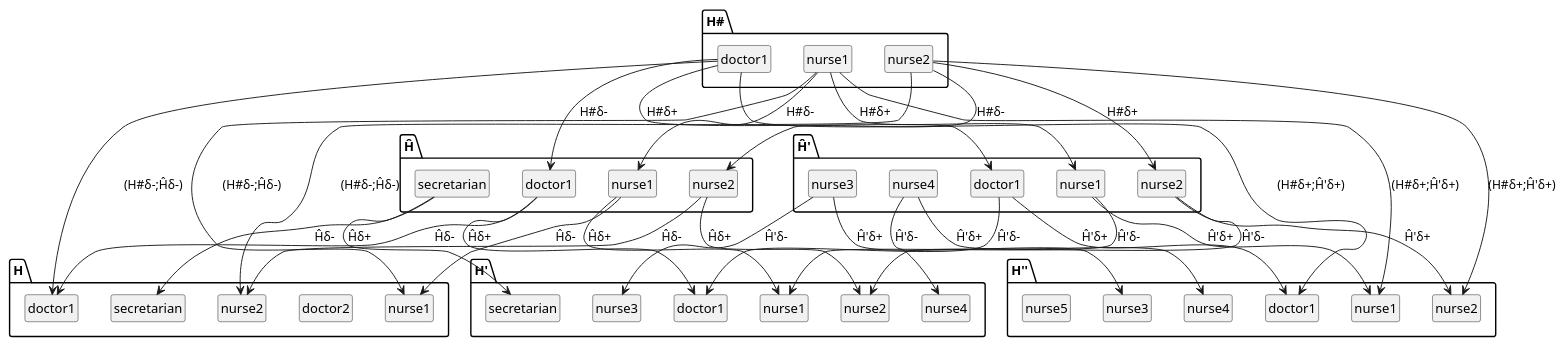
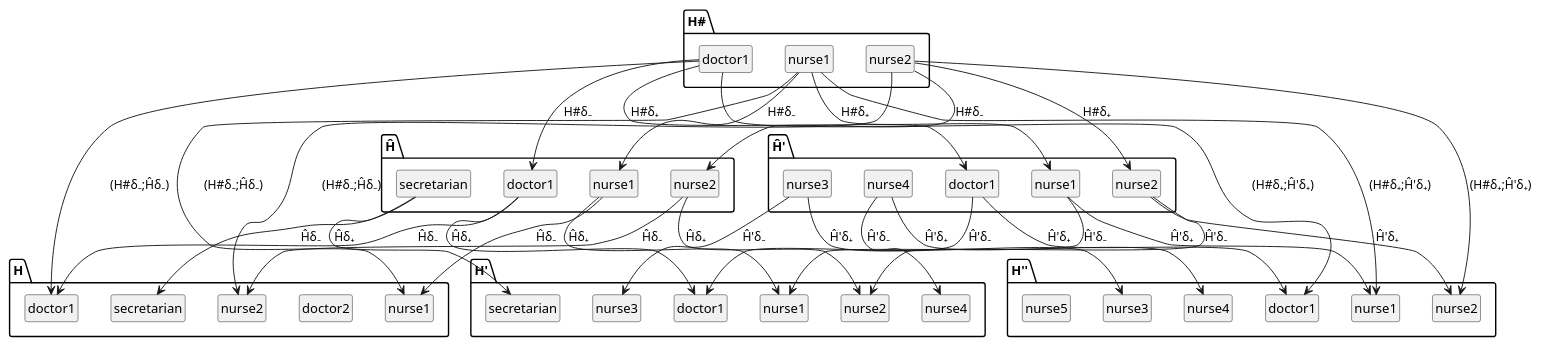
The diagram in FMDE/diagrams/fsetDelta/testDeltaFinSets.pretty.plantuml (rajiv-thorat/fmde), drawn with PlantUML before and after one commit. The commit also changed 5 other files, not shown here.

```diff
--- a/FMDE/diagrams/fsetDelta/testDeltaFinSets.pretty.plantuml
+++ b/FMDE/diagrams/fsetDelta/testDeltaFinSets.pretty.plantuml
@@ -1,65 +1,65 @@
 @startuml
 skinparam shadowing false
 hide members
 hide circle
 class "H.doctor1"
 class "H.doctor2"
 class "H.nurse1"
 class "H.nurse2"
 class "H.secretarian"
 class "H'.doctor1"
 class "H'.nurse1"
 class "H'.nurse2"
 class "H'.nurse3"
 class "H'.nurse4"
 class "H'.secretarian"
 class "H''.doctor1"
 class "H''.nurse1"
 class "H''.nurse2"
 class "H''.nurse3"
 class "H''.nurse4"
 class "H''.nurse5"
 class "Ĥ.doctor1"
 class "Ĥ.nurse1"
 class "Ĥ.nurse2"
 class "Ĥ.secretarian"
 class "Ĥ'.doctor1"
 class "Ĥ'.nurse1"
 class "Ĥ'.nurse2"
 class "Ĥ'.nurse3"
 class "Ĥ'.nurse4"
 class "H#.doctor1"
 class "H#.nurse1"
 class "H#.nurse2"
 
-"H#.doctor1" --> "Ĥ.doctor1" : "H#δ-"
-"H#.nurse1" --> "Ĥ.nurse1" : "H#δ-"
-"H#.nurse2" --> "Ĥ.nurse2" : "H#δ-"
-"H#.doctor1" --> "Ĥ'.doctor1" : "H#δ+"
-"H#.nurse1" --> "Ĥ'.nurse1" : "H#δ+"
-"H#.nurse2" --> "Ĥ'.nurse2" : "H#δ+"
-"Ĥ.doctor1" --> "H.doctor1" : "Ĥδ-"
-"Ĥ.nurse1" --> "H.nurse1" : "Ĥδ-"
-"Ĥ.nurse2" --> "H.nurse2" : "Ĥδ-"
-"Ĥ.secretarian" --> "H.secretarian" : "Ĥδ-"
-"Ĥ.doctor1" --> "H'.doctor1" : "Ĥδ+"
-"Ĥ.nurse1" --> "H'.nurse1" : "Ĥδ+"
-"Ĥ.nurse2" --> "H'.nurse2" : "Ĥδ+"
-"Ĥ.secretarian" --> "H'.secretarian" : "Ĥδ+"
-"Ĥ'.doctor1" --> "H'.doctor1" : "Ĥ'δ-"
-"Ĥ'.nurse1" --> "H'.nurse1" : "Ĥ'δ-"
-"Ĥ'.nurse2" --> "H'.nurse2" : "Ĥ'δ-"
-"Ĥ'.nurse3" --> "H'.nurse3" : "Ĥ'δ-"
-"Ĥ'.nurse4" --> "H'.nurse4" : "Ĥ'δ-"
-"Ĥ'.doctor1" --> "H''.doctor1" : "Ĥ'δ+"
-"Ĥ'.nurse1" --> "H''.nurse1" : "Ĥ'δ+"
-"Ĥ'.nurse2" --> "H''.nurse2" : "Ĥ'δ+"
-"Ĥ'.nurse3" --> "H''.nurse3" : "Ĥ'δ+"
-"Ĥ'.nurse4" --> "H''.nurse4" : "Ĥ'δ+"
-"H#.doctor1" --> "H.doctor1" : "(H#δ-;Ĥδ-)"
-"H#.nurse1" --> "H.nurse1" : "(H#δ-;Ĥδ-)"
-"H#.nurse2" --> "H.nurse2" : "(H#δ-;Ĥδ-)"
-"H#.doctor1" --> "H''.doctor1" : "(H#δ+;Ĥ'δ+)"
-"H#.nurse1" --> "H''.nurse1" : "(H#δ+;Ĥ'δ+)"
-"H#.nurse2" --> "H''.nurse2" : "(H#δ+;Ĥ'δ+)"
+"H#.doctor1" --> "Ĥ.doctor1" : "H#δ₋"
+"H#.nurse1" --> "Ĥ.nurse1" : "H#δ₋"
+"H#.nurse2" --> "Ĥ.nurse2" : "H#δ₋"
+"H#.doctor1" --> "Ĥ'.doctor1" : "H#δ₊"
+"H#.nurse1" --> "Ĥ'.nurse1" : "H#δ₊"
+"H#.nurse2" --> "Ĥ'.nurse2" : "H#δ₊"
+"Ĥ.doctor1" --> "H.doctor1" : "Ĥδ₋"
+"Ĥ.nurse1" --> "H.nurse1" : "Ĥδ₋"
+"Ĥ.nurse2" --> "H.nurse2" : "Ĥδ₋"
+"Ĥ.secretarian" --> "H.secretarian" : "Ĥδ₋"
+"Ĥ.doctor1" --> "H'.doctor1" : "Ĥδ₊"
+"Ĥ.nurse1" --> "H'.nurse1" : "Ĥδ₊"
+"Ĥ.nurse2" --> "H'.nurse2" : "Ĥδ₊"
+"Ĥ.secretarian" --> "H'.secretarian" : "Ĥδ₊"
+"Ĥ'.doctor1" --> "H'.doctor1" : "Ĥ'δ₋"
+"Ĥ'.nurse1" --> "H'.nurse1" : "Ĥ'δ₋"
+"Ĥ'.nurse2" --> "H'.nurse2" : "Ĥ'δ₋"
+"Ĥ'.nurse3" --> "H'.nurse3" : "Ĥ'δ₋"
+"Ĥ'.nurse4" --> "H'.nurse4" : "Ĥ'δ₋"
+"Ĥ'.doctor1" --> "H''.doctor1" : "Ĥ'δ₊"
+"Ĥ'.nurse1" --> "H''.nurse1" : "Ĥ'δ₊"
+"Ĥ'.nurse2" --> "H''.nurse2" : "Ĥ'δ₊"
+"Ĥ'.nurse3" --> "H''.nurse3" : "Ĥ'δ₊"
+"Ĥ'.nurse4" --> "H''.nurse4" : "Ĥ'δ₊"
+"H#.doctor1" --> "H.doctor1" : "(H#δ₋;Ĥδ₋)"
+"H#.nurse1" --> "H.nurse1" : "(H#δ₋;Ĥδ₋)"
+"H#.nurse2" --> "H.nurse2" : "(H#δ₋;Ĥδ₋)"
+"H#.doctor1" --> "H''.doctor1" : "(H#δ₊;Ĥ'δ₊)"
+"H#.nurse1" --> "H''.nurse1" : "(H#δ₊;Ĥ'δ₊)"
+"H#.nurse2" --> "H''.nurse2" : "(H#δ₊;Ĥ'δ₊)"
 @enduml
```
